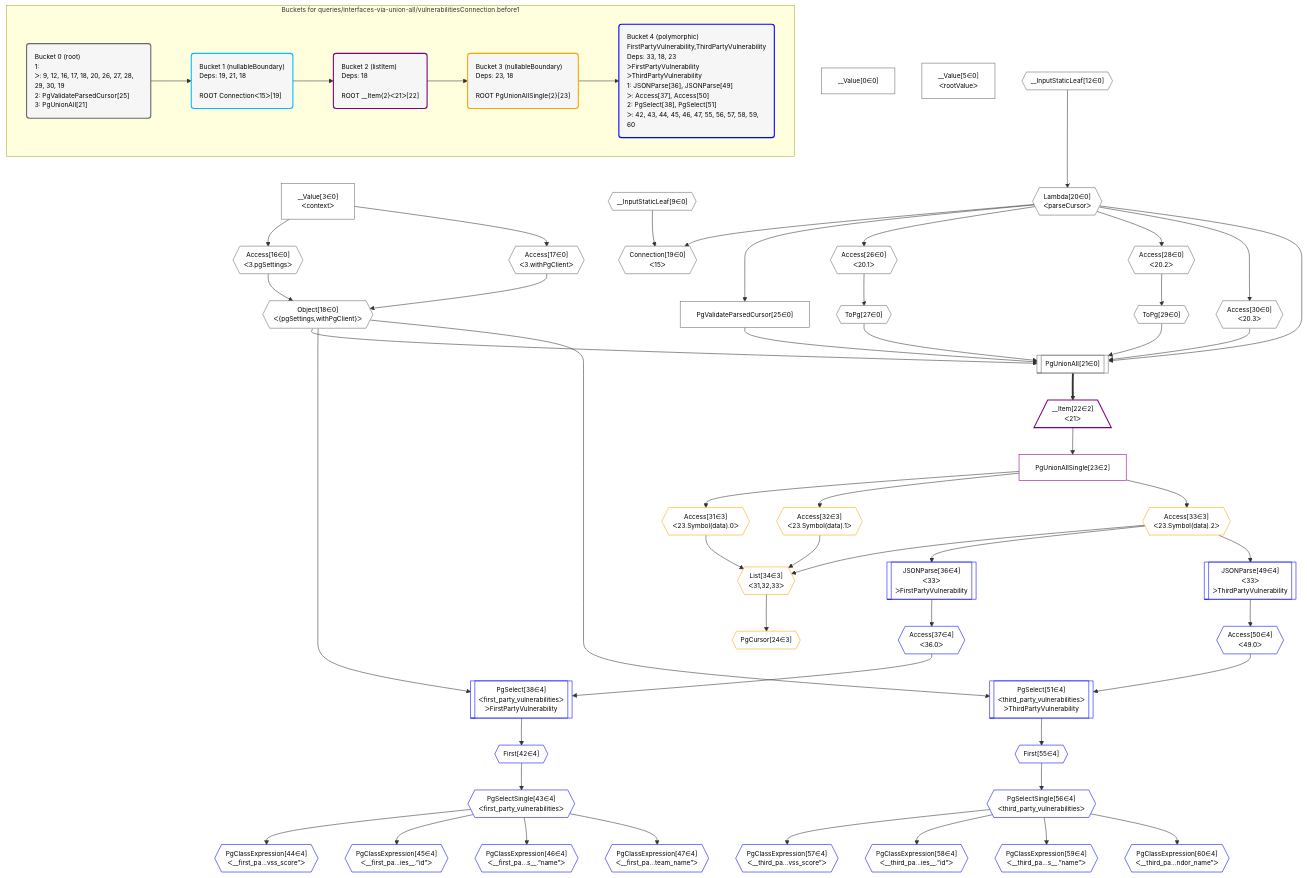
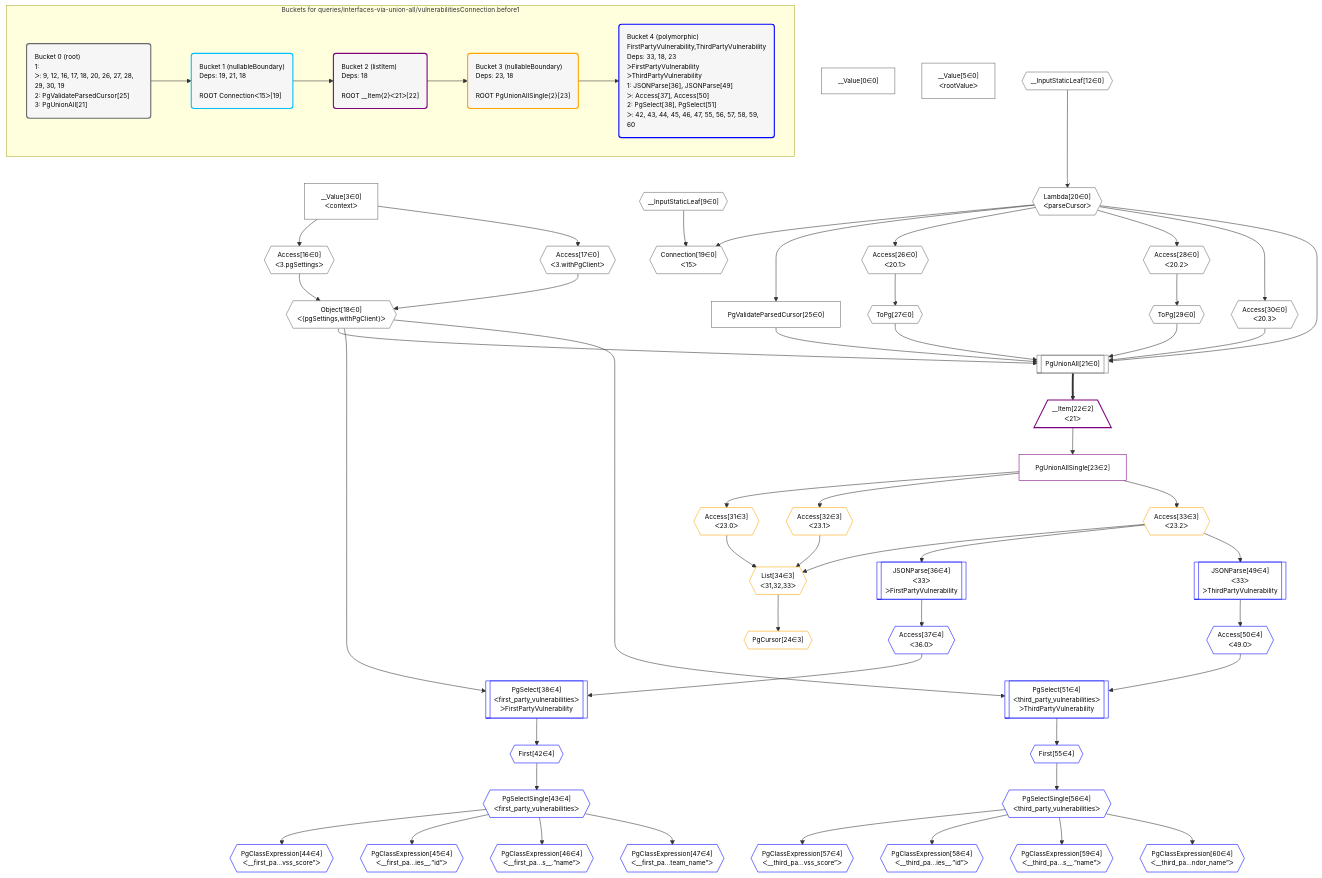
The diagram in grafast/dataplan-pg/__tests__/queries/interfaces-via-union-all/vulnerabilitiesConnection.before1.mermaid (graphile/crystal), drawn with Mermaid before and after one commit. The commit also changed 8 other files, not shown here.

```diff
--- a/grafast/dataplan-pg/__tests__/queries/interfaces-via-union-all/vulnerabilitiesConnection.before1.mermaid
+++ b/grafast/dataplan-pg/__tests__/queries/interfaces-via-union-all/vulnerabilitiesConnection.before1.mermaid
@@ -1,114 +1,114 @@
 %%{init: {'themeVariables': { 'fontSize': '12px'}}}%%
 graph TD
     classDef path fill:#eee,stroke:#000,color:#000
     classDef plan fill:#fff,stroke-width:1px,color:#000
     classDef itemplan fill:#fff,stroke-width:2px,color:#000
     classDef unbatchedplan fill:#dff,stroke-width:1px,color:#000
     classDef sideeffectplan fill:#fcc,stroke-width:2px,color:#000
     classDef bucket fill:#f6f6f6,color:#000,stroke-width:2px,text-align:left
 
 
     %% define steps
     __Value0["__Value[0∈0]"]:::plan
     __Value3["__Value[3∈0]<br />ᐸcontextᐳ"]:::plan
     __Value5["__Value[5∈0]<br />ᐸrootValueᐳ"]:::plan
     __InputStaticLeaf9{{"__InputStaticLeaf[9∈0]"}}:::plan
     __InputStaticLeaf12{{"__InputStaticLeaf[12∈0]"}}:::plan
     Access16{{"Access[16∈0]<br />ᐸ3.pgSettingsᐳ"}}:::plan
     Access17{{"Access[17∈0]<br />ᐸ3.withPgClientᐳ"}}:::plan
     Object18{{"Object[18∈0]<br />ᐸ{pgSettings,withPgClient}ᐳ"}}:::plan
     Lambda20{{"Lambda[20∈0]<br />ᐸparseCursorᐳ"}}:::plan
     Connection19{{"Connection[19∈0]<br />ᐸ15ᐳ"}}:::plan
     PgValidateParsedCursor25["PgValidateParsedCursor[25∈0]"]:::plan
     Access26{{"Access[26∈0]<br />ᐸ20.1ᐳ"}}:::plan
     ToPg27{{"ToPg[27∈0]"}}:::plan
     Access28{{"Access[28∈0]<br />ᐸ20.2ᐳ"}}:::plan
     ToPg29{{"ToPg[29∈0]"}}:::plan
     Access30{{"Access[30∈0]<br />ᐸ20.3ᐳ"}}:::plan
     PgUnionAll21[["PgUnionAll[21∈0]"]]:::plan
     __Item22[/"__Item[22∈2]<br />ᐸ21ᐳ"\]:::itemplan
     PgUnionAllSingle23["PgUnionAllSingle[23∈2]"]:::plan
-    Access31{{"Access[31∈3]<br />ᐸ23.Symbol(data).0ᐳ"}}:::plan
-    Access32{{"Access[32∈3]<br />ᐸ23.Symbol(data).1ᐳ"}}:::plan
-    Access33{{"Access[33∈3]<br />ᐸ23.Symbol(data).2ᐳ"}}:::plan
+    Access31{{"Access[31∈3]<br />ᐸ23.0ᐳ"}}:::plan
+    Access32{{"Access[32∈3]<br />ᐸ23.1ᐳ"}}:::plan
+    Access33{{"Access[33∈3]<br />ᐸ23.2ᐳ"}}:::plan
     List34{{"List[34∈3]<br />ᐸ31,32,33ᐳ"}}:::plan
     PgCursor24{{"PgCursor[24∈3]"}}:::plan
     JSONParse36[["JSONParse[36∈4]<br />ᐸ33ᐳ<br />ᐳFirstPartyVulnerability"]]:::plan
     Access37{{"Access[37∈4]<br />ᐸ36.0ᐳ"}}:::plan
     PgSelect38[["PgSelect[38∈4]<br />ᐸfirst_party_vulnerabilitiesᐳ<br />ᐳFirstPartyVulnerability"]]:::plan
     First42{{"First[42∈4]"}}:::plan
     PgSelectSingle43{{"PgSelectSingle[43∈4]<br />ᐸfirst_party_vulnerabilitiesᐳ"}}:::plan
     PgClassExpression44{{"PgClassExpression[44∈4]<br />ᐸ__first_pa...vss_score”ᐳ"}}:::plan
     PgClassExpression45{{"PgClassExpression[45∈4]<br />ᐸ__first_pa...ies__.”id”ᐳ"}}:::plan
     PgClassExpression46{{"PgClassExpression[46∈4]<br />ᐸ__first_pa...s__.”name”ᐳ"}}:::plan
     PgClassExpression47{{"PgClassExpression[47∈4]<br />ᐸ__first_pa...team_name”ᐳ"}}:::plan
     JSONParse49[["JSONParse[49∈4]<br />ᐸ33ᐳ<br />ᐳThirdPartyVulnerability"]]:::plan
     Access50{{"Access[50∈4]<br />ᐸ49.0ᐳ"}}:::plan
     PgSelect51[["PgSelect[51∈4]<br />ᐸthird_party_vulnerabilitiesᐳ<br />ᐳThirdPartyVulnerability"]]:::plan
     First55{{"First[55∈4]"}}:::plan
     PgSelectSingle56{{"PgSelectSingle[56∈4]<br />ᐸthird_party_vulnerabilitiesᐳ"}}:::plan
     PgClassExpression57{{"PgClassExpression[57∈4]<br />ᐸ__third_pa...vss_score”ᐳ"}}:::plan
     PgClassExpression58{{"PgClassExpression[58∈4]<br />ᐸ__third_pa...ies__.”id”ᐳ"}}:::plan
     PgClassExpression59{{"PgClassExpression[59∈4]<br />ᐸ__third_pa...s__.”name”ᐳ"}}:::plan
     PgClassExpression60{{"PgClassExpression[60∈4]<br />ᐸ__third_pa...ndor_name”ᐳ"}}:::plan
 
     %% plan dependencies
     __Value3 --> Access16
     __Value3 --> Access17
     Access16 & Access17 --> Object18
     __InputStaticLeaf12 --> Lambda20
     __InputStaticLeaf9 & Lambda20 --> Connection19
     Lambda20 --> PgValidateParsedCursor25
     Lambda20 --> Access26
     Access26 --> ToPg27
     Lambda20 --> Access28
     Access28 --> ToPg29
     Lambda20 --> Access30
     Object18 & Lambda20 & PgValidateParsedCursor25 & ToPg27 & ToPg29 & Access30 --> PgUnionAll21
     PgUnionAll21 ==> __Item22
     __Item22 --> PgUnionAllSingle23
     PgUnionAllSingle23 --> Access31
     PgUnionAllSingle23 --> Access32
     PgUnionAllSingle23 --> Access33
     Access31 & Access32 & Access33 --> List34
     List34 --> PgCursor24
     Access33 --> JSONParse36
     JSONParse36 --> Access37
     Object18 & Access37 --> PgSelect38
     PgSelect38 --> First42
     First42 --> PgSelectSingle43
     PgSelectSingle43 --> PgClassExpression44
     PgSelectSingle43 --> PgClassExpression45
     PgSelectSingle43 --> PgClassExpression46
     PgSelectSingle43 --> PgClassExpression47
     Access33 --> JSONParse49
     JSONParse49 --> Access50
     Object18 & Access50 --> PgSelect51
     PgSelect51 --> First55
     First55 --> PgSelectSingle56
     PgSelectSingle56 --> PgClassExpression57
     PgSelectSingle56 --> PgClassExpression58
     PgSelectSingle56 --> PgClassExpression59
     PgSelectSingle56 --> PgClassExpression60
 
     subgraph "Buckets for queries/interfaces-via-union-all/vulnerabilitiesConnection.before1"
     Bucket0("Bucket 0 (root)<br />1: <br />ᐳ: 9, 12, 16, 17, 18, 20, 26, 27, 28, 29, 30, 19<br />2: PgValidateParsedCursor[25]<br />3: PgUnionAll[21]"):::bucket
     classDef bucket0 stroke:#696969
     class Bucket0,__Value0,__Value3,__Value5,__InputStaticLeaf9,__InputStaticLeaf12,Access16,Access17,Object18,Connection19,Lambda20,PgUnionAll21,PgValidateParsedCursor25,Access26,ToPg27,Access28,ToPg29,Access30 bucket0
     Bucket1("Bucket 1 (nullableBoundary)<br />Deps: 19, 21, 18<br /><br />ROOT Connectionᐸ15ᐳ[19]"):::bucket
     classDef bucket1 stroke:#00bfff
     class Bucket1 bucket1
     Bucket2("Bucket 2 (listItem)<br />Deps: 18<br /><br />ROOT __Item{2}ᐸ21ᐳ[22]"):::bucket
     classDef bucket2 stroke:#7f007f
     class Bucket2,__Item22,PgUnionAllSingle23 bucket2
     Bucket3("Bucket 3 (nullableBoundary)<br />Deps: 23, 18<br /><br />ROOT PgUnionAllSingle{2}[23]"):::bucket
     classDef bucket3 stroke:#ffa500
     class Bucket3,PgCursor24,Access31,Access32,Access33,List34 bucket3
     Bucket4("Bucket 4 (polymorphic)<br />FirstPartyVulnerability,ThirdPartyVulnerability<br />Deps: 33, 18, 23<br />ᐳFirstPartyVulnerability<br />ᐳThirdPartyVulnerability<br />1: JSONParse[36], JSONParse[49]<br />ᐳ: Access[37], Access[50]<br />2: PgSelect[38], PgSelect[51]<br />ᐳ: 42, 43, 44, 45, 46, 47, 55, 56, 57, 58, 59, 60"):::bucket
     classDef bucket4 stroke:#0000ff
     class Bucket4,JSONParse36,Access37,PgSelect38,First42,PgSelectSingle43,PgClassExpression44,PgClassExpression45,PgClassExpression46,PgClassExpression47,JSONParse49,Access50,PgSelect51,First55,PgSelectSingle56,PgClassExpression57,PgClassExpression58,PgClassExpression59,PgClassExpression60 bucket4
     Bucket0 --> Bucket1
     Bucket1 --> Bucket2
     Bucket2 --> Bucket3
     Bucket3 --> Bucket4
     end
```
